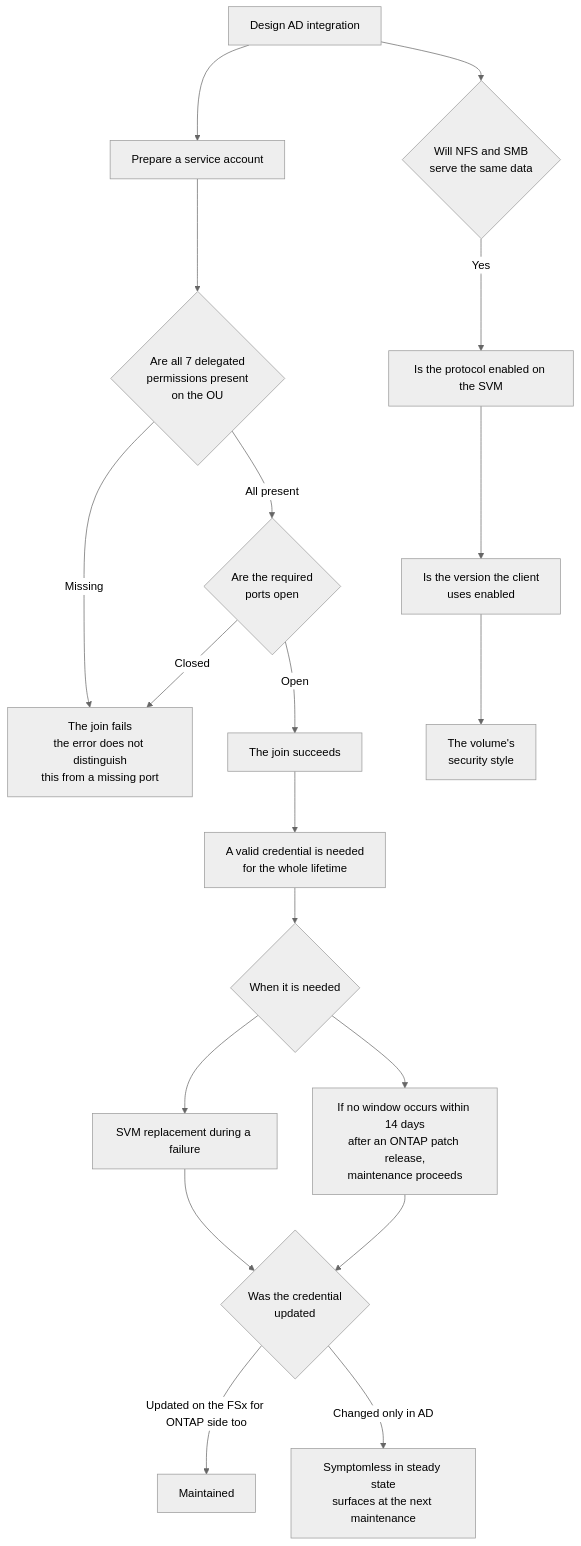
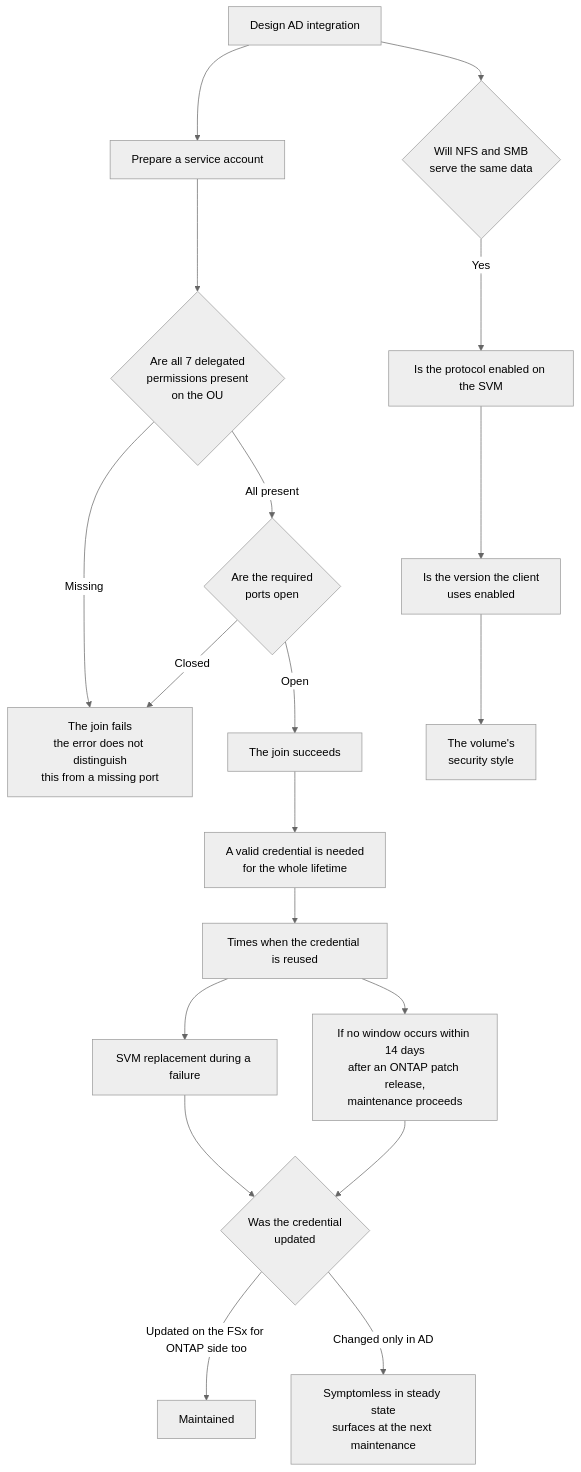
One commit to Yoshiki0705/FSx-for-ONTAP-Adoption-Playbook changed the diagram in docs/en/domains/multiprotocol-identity/notes/ad-dependency-lasts-the-lifetime.md. Above: the diagram before and after it, drawn with Mermaid (neutral theme). The commit also changed 27 other files, not shown here.

````diff
--- a/docs/en/domains/multiprotocol-identity/notes/ad-dependency-lasts-the-lifetime.md
+++ b/docs/en/domains/multiprotocol-identity/notes/ad-dependency-lasts-the-lifetime.md
@@ -127,24 +127,24 @@
 ```mermaid
 graph TD
     A[Design AD integration] --> SA[Prepare a service account]
     SA --> PERM{"Are all 7 delegated<br/>permissions present<br/>on the OU"}
     PERM -->|Missing| FAIL1["The join fails<br/>the error does not distinguish<br/>this from a missing port"]
     PERM -->|All present| PORT{"Are the required<br/>ports open"}
     PORT -->|Closed| FAIL1
     PORT -->|Open| JOIN[The join succeeds]
 
     JOIN --> LIFE["A valid credential is needed<br/>for the whole lifetime"]
-    LIFE --> WHEN{When it is needed}
+    LIFE --> WHEN[Times when the credential is reused]
     WHEN --> W1[SVM replacement during a failure]
     WHEN --> W2["If no window occurs within 14 days<br/>after an ONTAP patch release,<br/>maintenance proceeds"]
 
     W1 --> ROT{"Was the credential<br/>updated"}
     W2 --> ROT
     ROT -->|Updated on the FSx for ONTAP side too| OK[Maintained]
     ROT -->|Changed only in AD| LATENT["Symptomless in steady state<br/>surfaces at the next maintenance"]
 
     A --> DUAL{"Will NFS and SMB<br/>serve the same data"}
     DUAL -->|Yes| L1[Is the protocol enabled on the SVM]
     L1 --> L2["Is the version the client<br/>uses enabled"]
     L2 --> L3["The volume's<br/>security style"]
 ```
````
